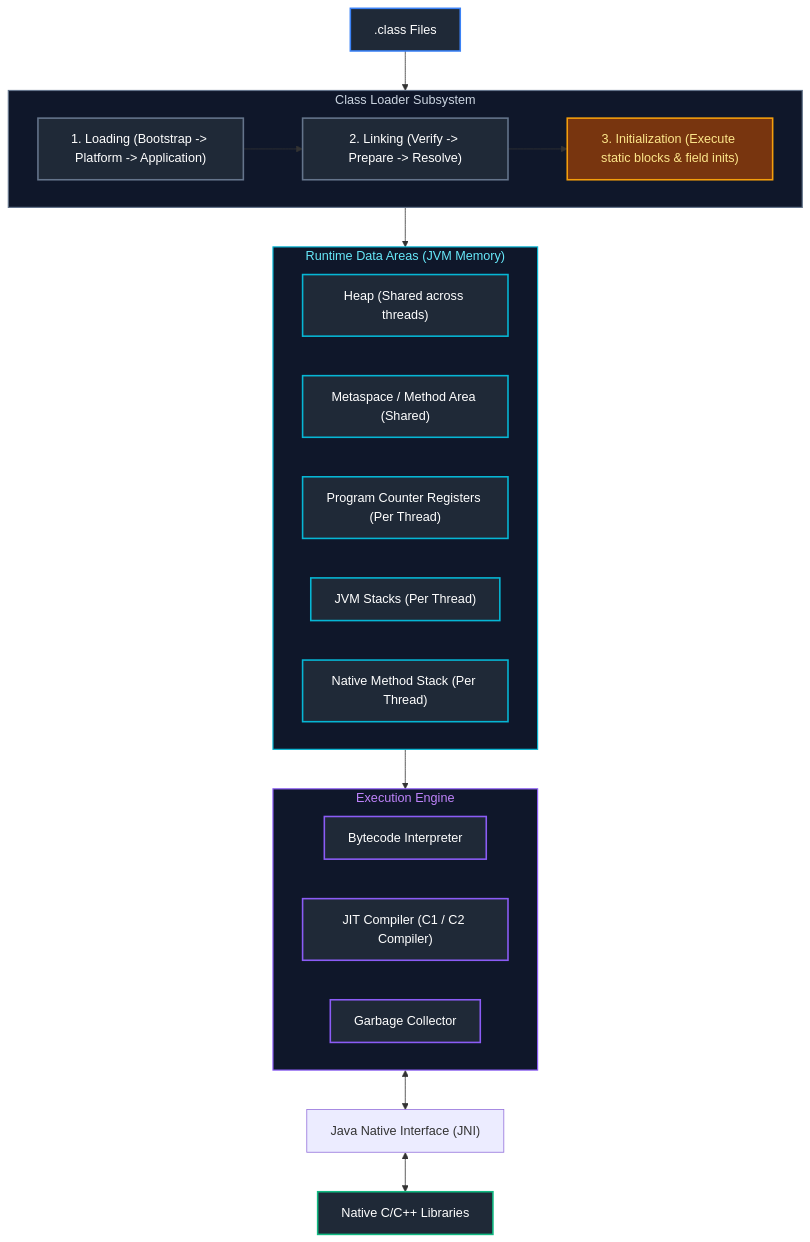
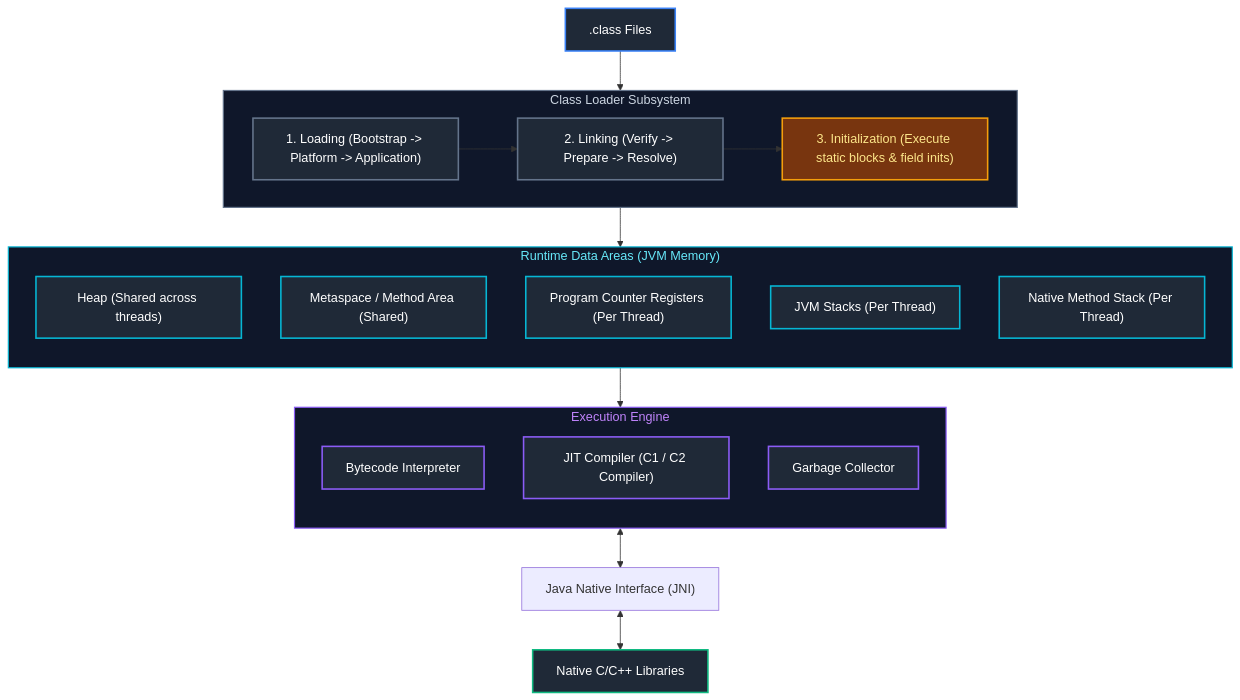
One commit to joydeep-biswas/Interview-Preparation changed the third of 8 diagrams in Java Backend Engineering/05_jvm_memory_io_reflection_runtime.md. Above: the diagram before and after it, drawn with Mermaid. The commit also changed other lines of this file and 76 other files, not shown here.

Commit message:
Updated Charts

````diff
--- a/Java Backend Engineering/05_jvm_memory_io_reflection_runtime.md
+++ b/Java Backend Engineering/05_jvm_memory_io_reflection_runtime.md
@@ -119,49 +122,52 @@
 ```mermaid
 flowchart TD
     Bytecode[".class Files"] --> ClassLoaderSubsystem["Class Loader Subsystem"]
 
     subgraph ClassLoaderSubsystem["Class Loader Subsystem"]
+        direction LR
         Loading["1. Loading (Bootstrap -> Platform -> Application)"]
         Linking["2. Linking (Verify -> Prepare -> Resolve)"]
         Init["3. Initialization (Execute static blocks & field inits)"]
         Loading --> Linking --> Init
     end
 
     ClassLoaderSubsystem --> RuntimeDataAreas["Runtime Data Areas (Memory)"]
 
     subgraph RuntimeDataAreas["Runtime Data Areas (JVM Memory)"]
+        direction TD
         Heap["Heap (Shared across threads)"]
         Metaspace["Metaspace / Method Area (Shared)"]
         PC["Program Counter Registers (Per Thread)"]
         Stack["JVM Stacks (Per Thread)"]
         NativeStack["Native Method Stack (Per Thread)"]
     end
 
     RuntimeDataAreas --> ExecutionEngine["Execution Engine"]
 
     subgraph ExecutionEngine["Execution Engine"]
+        direction TD
         Interpreter["Bytecode Interpreter"]
         JIT["JIT Compiler (C1 / C2 Compiler)"]
         GC["Garbage Collector"]
     end
 
     ExecutionEngine <--> JNI["Java Native Interface (JNI)"] <--> NativeLibs["Native C/C++ Libraries"]
 
     style ClassLoaderSubsystem fill:#0f172a,stroke:#64748b,stroke-width:1.5px,color:#cbd5e1
     style RuntimeDataAreas fill:#0f172a,stroke:#06b6d4,stroke-width:1.5px,color:#67e8f9
     style ExecutionEngine fill:#0f172a,stroke:#8b5cf6,stroke-width:1.5px,color:#c084fc
 
     style Bytecode fill:#1f2937,stroke:#3b82f6,stroke-width:2px,color:#fff
     style Loading fill:#1f2937,stroke:#64748b,stroke-width:2px,color:#fff
     style Linking fill:#1f2937,stroke:#64748b,stroke-width:2px,color:#fff
     style Init fill:#78350f,stroke:#f59e0b,stroke-width:2px,color:#fde68a
     style Heap fill:#1f2937,stroke:#06b6d4,stroke-width:2px,color:#fff
     style Metaspace fill:#1f2937,stroke:#06b6d4,stroke-width:2px,color:#fff
     style PC fill:#1f2937,stroke:#06b6d4,stroke-width:2px,color:#fff
     style Stack fill:#1f2937,stroke:#06b6d4,stroke-width:2px,color:#fff
     style NativeStack fill:#1f2937,stroke:#06b6d4,stroke-width:2px,color:#fff
     style Interpreter fill:#1f2937,stroke:#8b5cf6,stroke-width:2px,color:#fff
     style JIT fill:#1f2937,stroke:#8b5cf6,stroke-width:2px,color:#fff
     style GC fill:#1f2937,stroke:#8b5cf6,stroke-width:2px,color:#fff
     style NativeLibs fill:#1f2937,stroke:#10b981,stroke-width:2px,color:#fff
 ```
````
